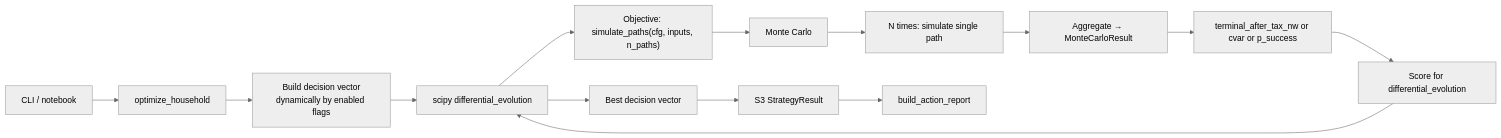
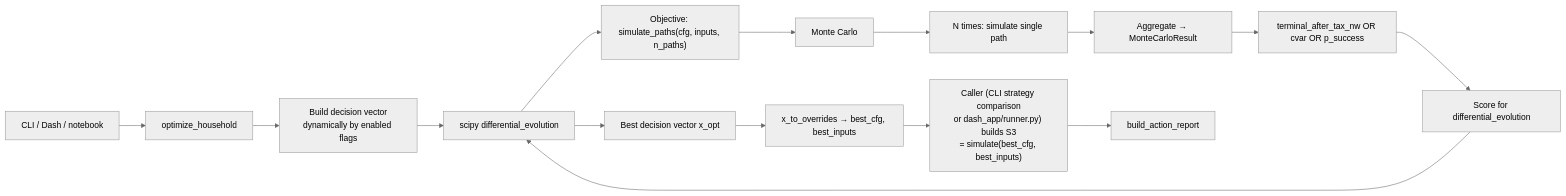
Diagram 13 of 13 in docs/architecture.md (yepuv1/Tax_Optimizer), drawn with Mermaid (neutral theme) before and after one commit. The commit also changed other lines of this file and 10 other files, not shown here.

First line of the commit message:
feat: add production-grade Dash launcher for tax-optimizer-app

````diff
--- a/docs/architecture.md
+++ b/docs/architecture.md
@@ -853,17 +1410,18 @@
 ```mermaid
 flowchart LR
-    User[CLI / notebook]
+    User["CLI / Dash / notebook"]
     User --> Opt[optimize_household]
     Opt --> Vec[Build decision vector<br/>dynamically by enabled flags]
     Vec --> De[scipy differential_evolution]
     De --> Obj["Objective: simulate_paths(cfg, inputs, n_paths)"]
     Obj --> MC[Monte Carlo]
     MC --> SimN["N times: simulate single path"]
     SimN --> Agg["Aggregate → MonteCarloResult"]
-    Agg --> Metric[terminal_after_tax_nw or cvar or p_success]
+    Agg --> Metric[terminal_after_tax_nw OR cvar OR p_success]
     Metric --> Score[Score for differential_evolution]
     Score --> De
-    De --> Best[Best decision vector]
-    Best --> S3[S3 StrategyResult]
-    S3 --> Report[build_action_report]
+    De --> Best[Best decision vector x_opt]
+    Best --> Override[x_to_overrides → best_cfg, best_inputs]
+    Override --> Caller["Caller (CLI strategy comparison<br/>or dash_app/runner.py) builds S3<br/>= simulate(best_cfg, best_inputs)"]
+    Caller --> Report[build_action_report]
 ```
````
